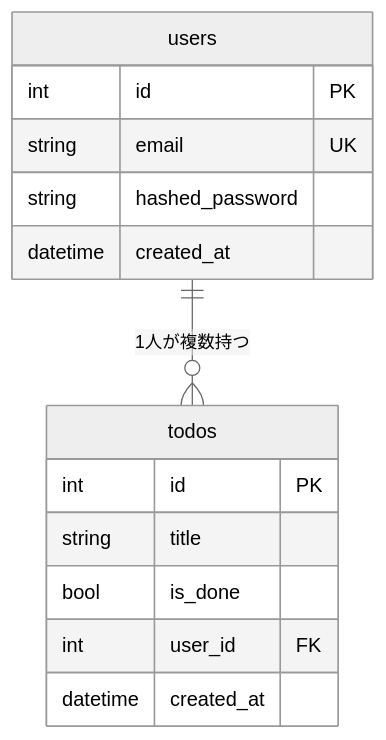
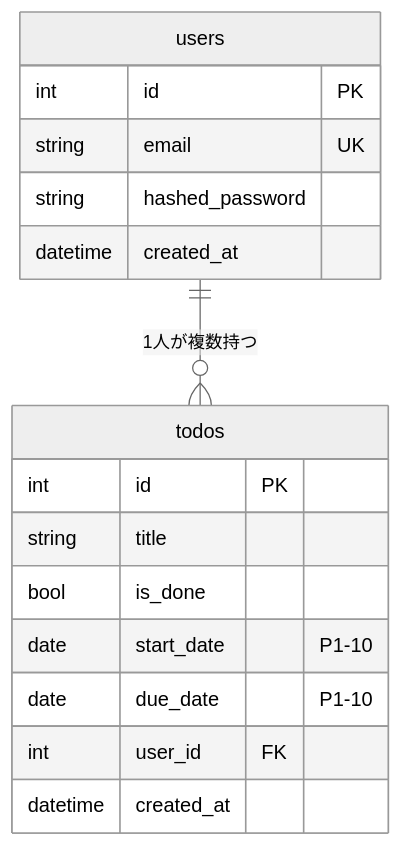
The second of 3 diagrams in docs/00-plan.md (shiramizu-junya/roadmap-sh-fastapi), drawn with Mermaid (neutral theme) before and after one commit. The commit also changed other lines of this file and 1 other file, not shown here.

````diff
--- a/docs/00-plan.md
+++ b/docs/00-plan.md
@@ -245,17 +260,19 @@
 ```mermaid
 erDiagram
     users ||--o{ todos : "1人が複数持つ"
     users {
         int id PK
         string email UK
         string hashed_password
         datetime created_at
     }
     todos {
         int id PK
         string title
         bool is_done
+        date start_date "P1-10"
+        date due_date "P1-10"
         int user_id FK
         datetime created_at
     }
 ```
````
